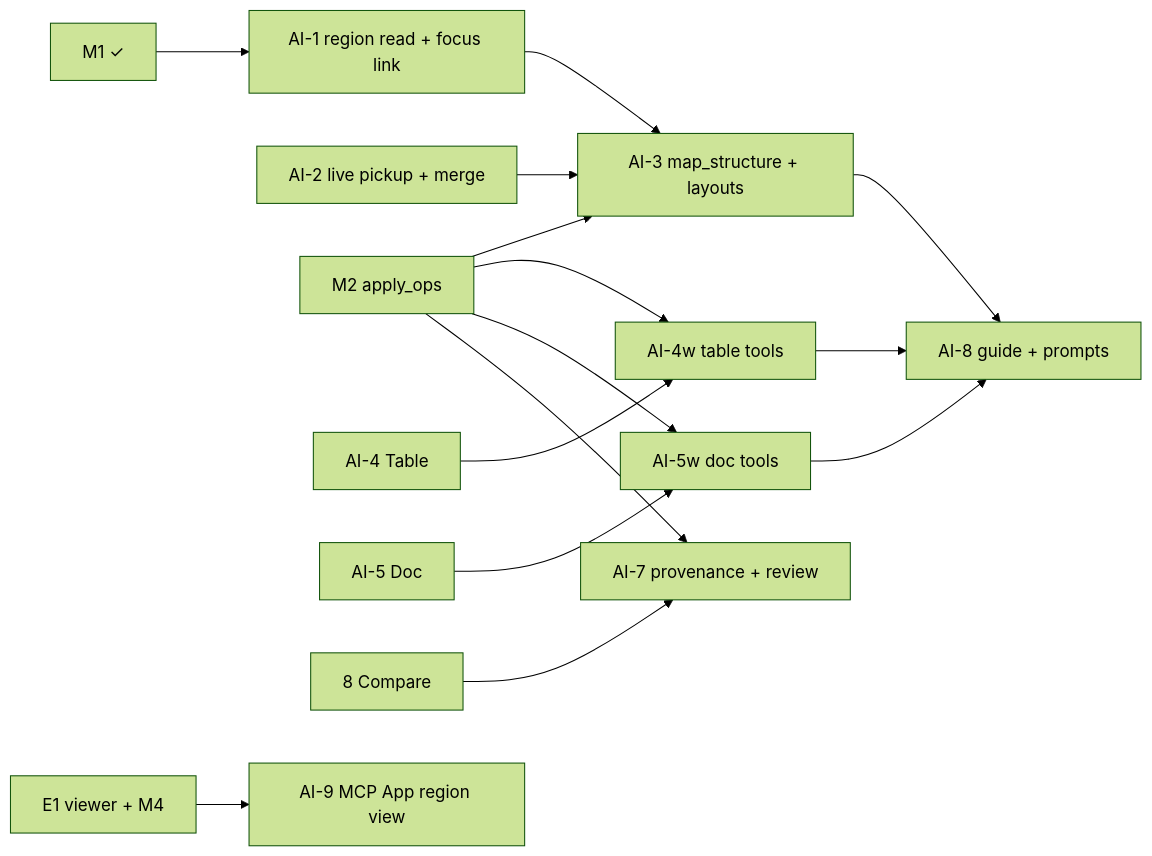
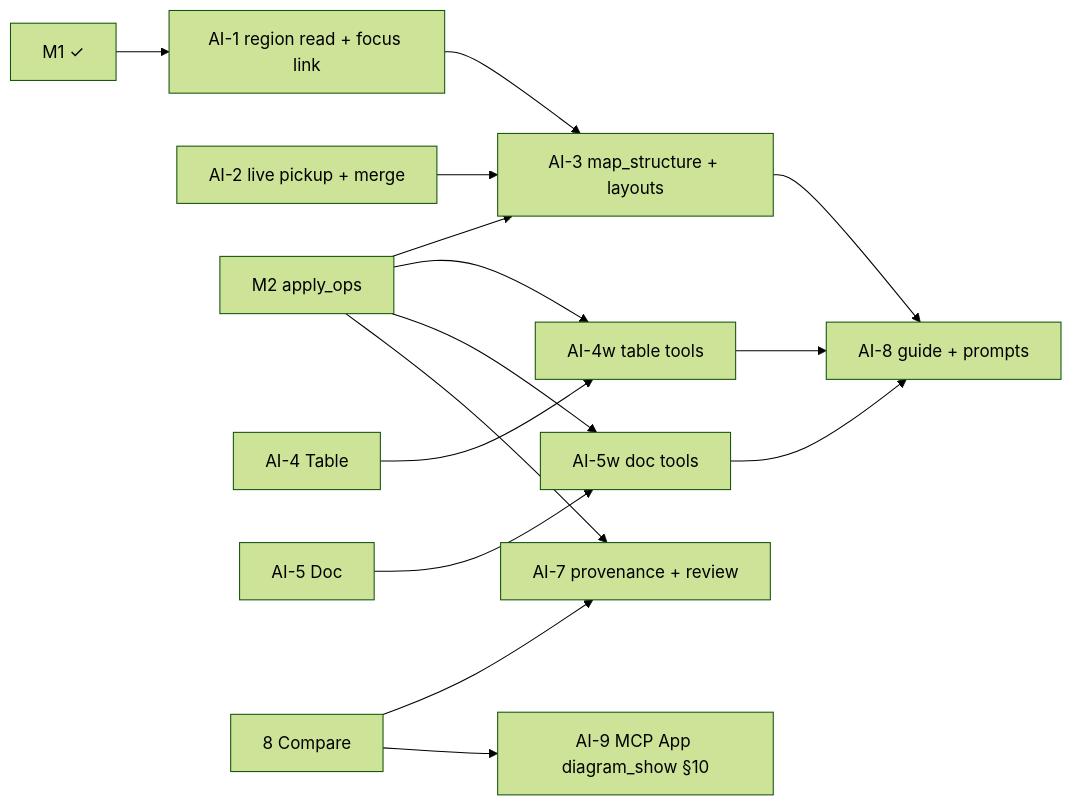
One commit to phozart/ontographia_lab changed the second of 3 diagrams in docs/architecture/investigations/ai-canvas-via-mcp.md. Above: the diagram before and after it, drawn with Mermaid (forest theme). The commit also changed other lines of this file and 9 other files, not shown here.

First line of the commit message:
feat(mcp): spike diagram_show MCP App with server-side SVG view (AI-9)

````diff
--- a/docs/architecture/investigations/ai-canvas-via-mcp.md
+++ b/docs/architecture/investigations/ai-canvas-via-mcp.md
@@ -319,18 +319,18 @@
 ```mermaid
 flowchart LR
   M1[M1 ✓] --> A1[AI-1 region read + focus link]
   A2[AI-2 live pickup + merge]
   M2[M2 apply_ops] --> A3[AI-3 map_structure + layouts]
   A1 --> A3
   A2 --> A3
   A4[AI-4 Table] --> A4w[AI-4w table tools]
   M2 --> A4w
   A5[AI-5 Doc] --> A5w[AI-5w doc tools]
   M2 --> A5w
   M2 --> A7[AI-7 provenance + review]
   S8[8 Compare] --> A7
   A3 --> A8[AI-8 guide + prompts]
   A4w --> A8
   A5w --> A8
-  E1[E1 viewer + M4] --> A9[AI-9 MCP App region view]
+  S8 --> A9[AI-9 MCP App diagram_show §10]
 ```
````
